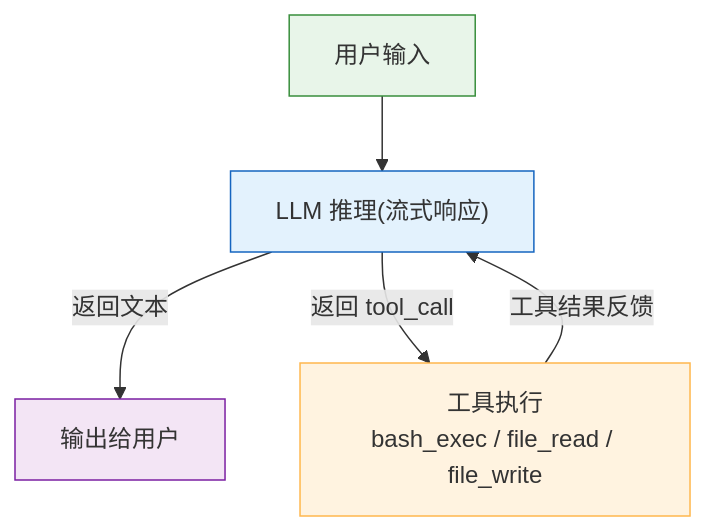
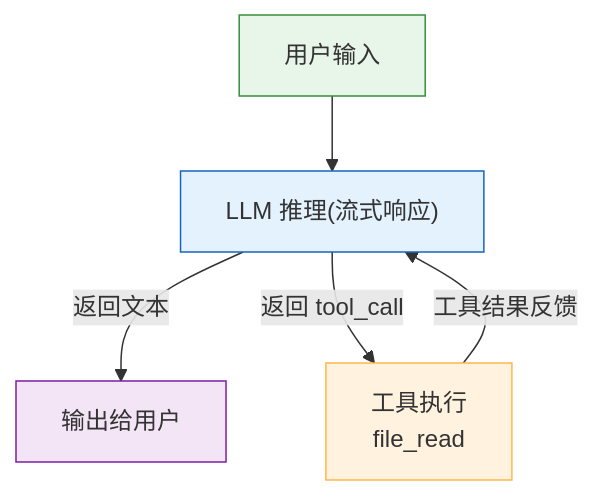
One commit to yeasy/harness_engineering_guide changed the first of 3 diagrams in appendix/miniharness_index.md. Above: the diagram before and after it, drawn with Mermaid. The commit also changed other lines of this file and 7 other files, not shown here.

````diff
--- a/appendix/miniharness_index.md
+++ b/appendix/miniharness_index.md
@@ -15,12 +15,12 @@
 ```mermaid
 flowchart TD
     A["用户输入"] --> B["LLM 推理(流式响应)"]
     B -->|"返回文本"| C["输出给用户"]
-    B -->|"返回 tool_call"| D["工具执行<br/>bash_exec / file_read / file_write"]
+    B -->|"返回 tool_call"| D["工具执行<br/>file_read"]
     D -->|"工具结果反馈"| B
 
     style A fill:#e8f5e9,stroke:#388e3c
     style B fill:#e3f2fd,stroke:#1565c0
     style C fill:#f3e5f5,stroke:#7b1fa2
     style D fill:#fff3e0,stroke:#ffb74d
 ```
````
